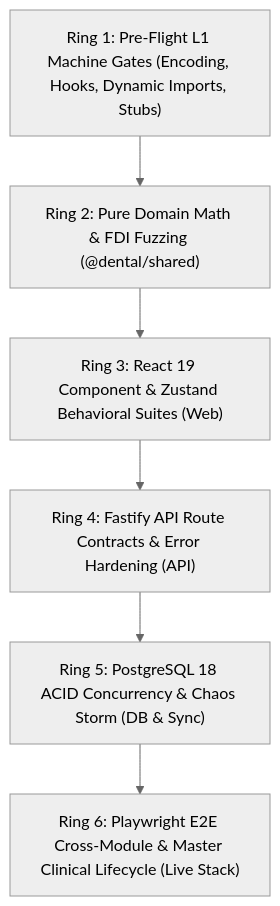
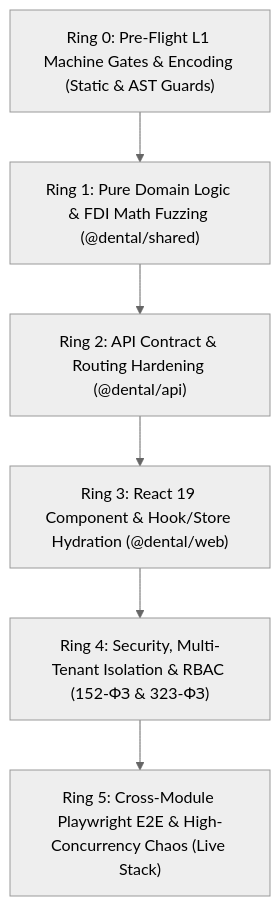
The diagram in docs/testing/MASTER_TESTING_ARCHITECTURE.md (marko1olo/dental-crm), drawn with Mermaid (neutral theme) before and after one commit. The commit also changed other lines of this file and 50 other files, not shown here.

````diff
--- a/docs/testing/MASTER_TESTING_ARCHITECTURE.md
+++ b/docs/testing/MASTER_TESTING_ARCHITECTURE.md
@@ -13,8 +16,8 @@
 ```mermaid
 graph TD
-    Ring1["Ring 1: Pre-Flight L1 Machine Gates (Encoding, Hooks, Dynamic Imports, Stubs)"] --> Ring2["Ring 2: Pure Domain Math & FDI Fuzzing (@dental/shared)"]
-    Ring2 --> Ring3["Ring 3: React 19 Component & Zustand Behavioral Suites (Web)"]
-    Ring3 --> Ring4["Ring 4: Fastify API Route Contracts & Error Hardening (API)"]
-    Ring4 --> Ring5["Ring 5: PostgreSQL 18 ACID Concurrency & Chaos Storm (DB & Sync)"]
-    Ring5 --> Ring6["Ring 6: Playwright E2E Cross-Module & Master Clinical Lifecycle (Live Stack)"]
+    Ring0["Ring 0: Pre-Flight L1 Machine Gates & Encoding (Static & AST Guards)"] --> Ring1["Ring 1: Pure Domain Logic & FDI Math Fuzzing (@dental/shared)"]
+    Ring1 --> Ring2["Ring 2: API Contract & Routing Hardening (@dental/api)"]
+    Ring2 --> Ring3["Ring 3: React 19 Component & Hook/Store Hydration (@dental/web)"]
+    Ring3 --> Ring4["Ring 4: Security, Multi-Tenant Isolation & RBAC (152-ФЗ & 323-ФЗ)"]
+    Ring4 --> Ring5["Ring 5: Cross-Module Playwright E2E & High-Concurrency Chaos (Live Stack)"]
 ```
````
